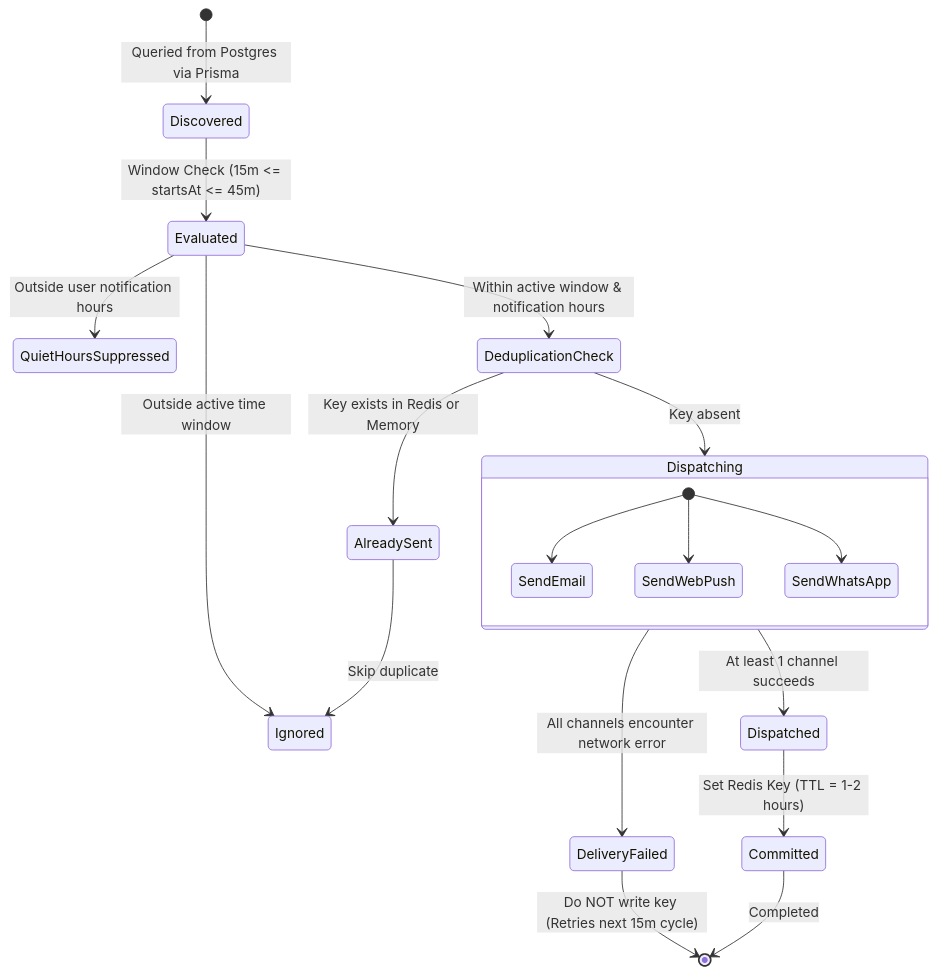
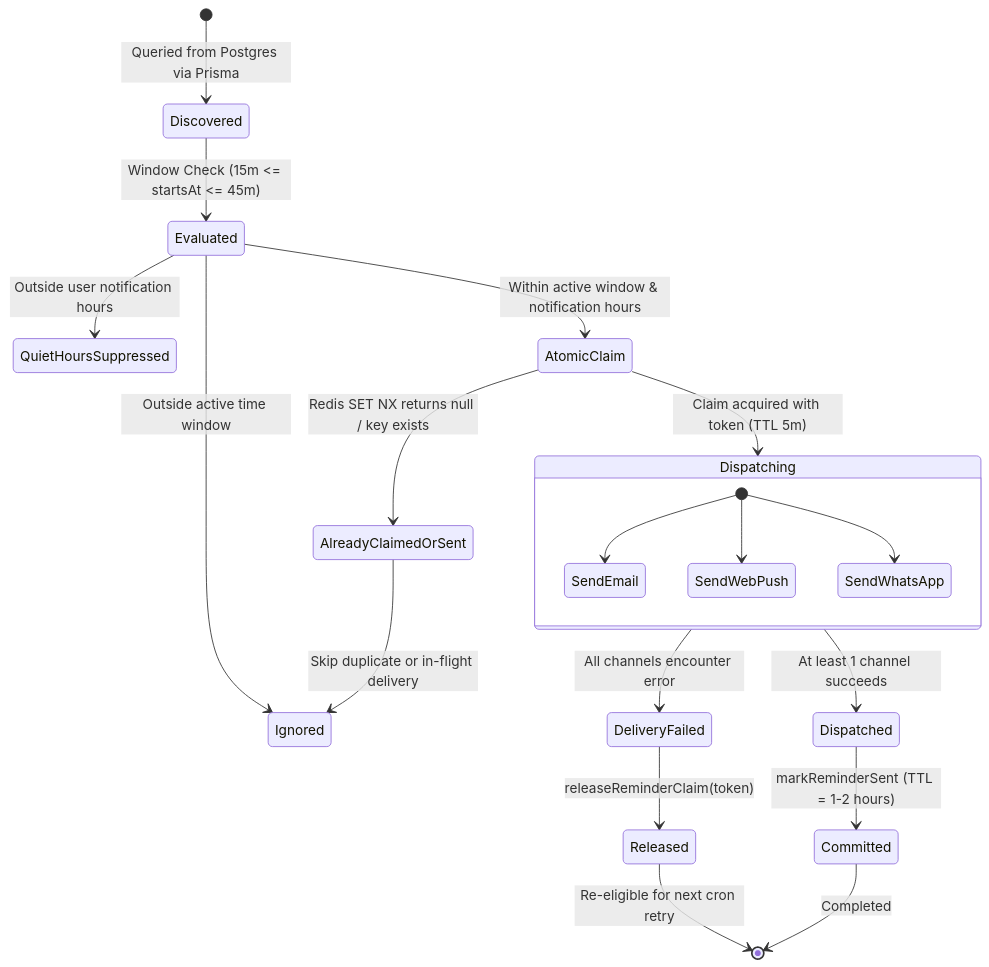
The second of 2 diagrams in docs/architecture/reminder-cron-pipeline.md (SatyamPandey-07/WorkSphere), drawn with Mermaid before and after one commit. The commit also changed other lines of this file and 3 other files, not shown here.

````diff
--- a/docs/architecture/reminder-cron-pipeline.md
+++ b/docs/architecture/reminder-cron-pipeline.md
@@ -248,28 +304,29 @@
 ```mermaid
 stateDiagram-v2
     [*] --> Discovered: Queried from Postgres via Prisma
     Discovered --> Evaluated: Window Check (15m <= startsAt <= 45m)
-    
+
     Evaluated --> Ignored: Outside active time window
     Evaluated --> QuietHoursSuppressed: Outside user notification hours
-    Evaluated --> DeduplicationCheck: Within active window & notification hours
-    
-    DeduplicationCheck --> AlreadySent: Key exists in Redis or Memory
-    AlreadySent --> Ignored: Skip duplicate
-    
-    DeduplicationCheck --> Dispatching: Key absent
-    
+    Evaluated --> AtomicClaim: Within active window & notification hours
+
+    AtomicClaim --> AlreadyClaimedOrSent: Redis SET NX returns null / key exists
+    AlreadyClaimedOrSent --> Ignored: Skip duplicate or in-flight delivery
+
+    AtomicClaim --> Dispatching: Claim acquired with token (TTL 5m)
+
     state Dispatching {
         [*] --> SendEmail
         [*] --> SendWebPush
         [*] --> SendWhatsApp
     }
-    
+
     Dispatching --> Dispatched: At least 1 channel succeeds
-    Dispatching --> DeliveryFailed: All channels encounter network error
-    
-    DeliveryFailed --> [*]: Do NOT write key (Retries next 15m cycle)
-    
-    Dispatched --> Committed: Set Redis Key (TTL = 1-2 hours)
+    Dispatching --> DeliveryFailed: All channels encounter error
+
+    DeliveryFailed --> Released: releaseReminderClaim(token)
+    Released --> [*]: Re-eligible for next cron retry
+
+    Dispatched --> Committed: markReminderSent (TTL = 1-2 hours)
     Committed --> [*]: Completed
 ```
````
